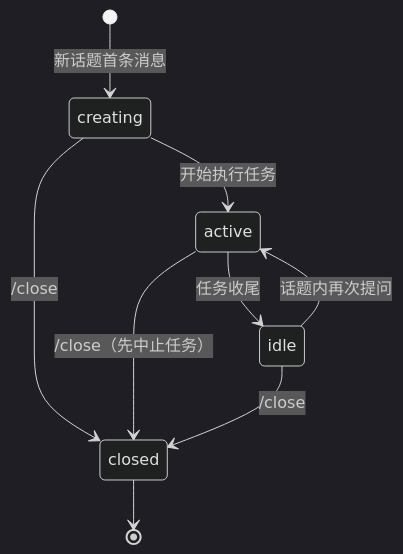
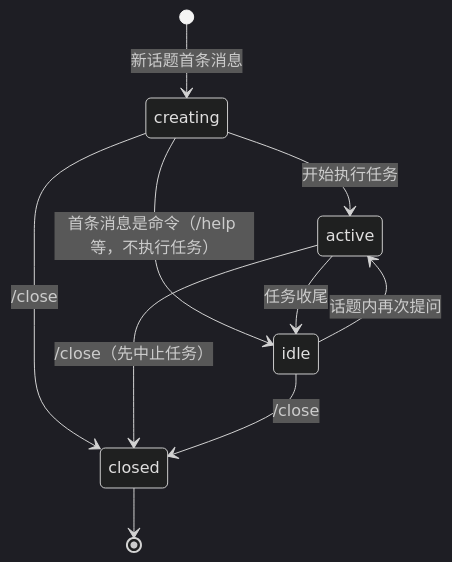
One commit to CerrorJ/Agent-Team changed the diagram in openwiki/domain/session.md. Above: the diagram before and after it, drawn with Mermaid (dark theme). The commit also changed other lines of this file and 9 other files, not shown here.

````diff
--- a/openwiki/domain/session.md
+++ b/openwiki/domain/session.md
@@ -30,11 +32,12 @@
 ```mermaid
 stateDiagram-v2
     [*] --> creating: 新话题首条消息
     creating --> active: 开始执行任务
+    creating --> idle: 首条消息是命令（/help 等，不执行任务）
     creating --> closed: /close
     active --> idle: 任务收尾
     active --> closed: /close（先中止任务）
     idle --> active: 话题内再次提问
     idle --> closed: /close
     closed --> [*]
 ```
````
